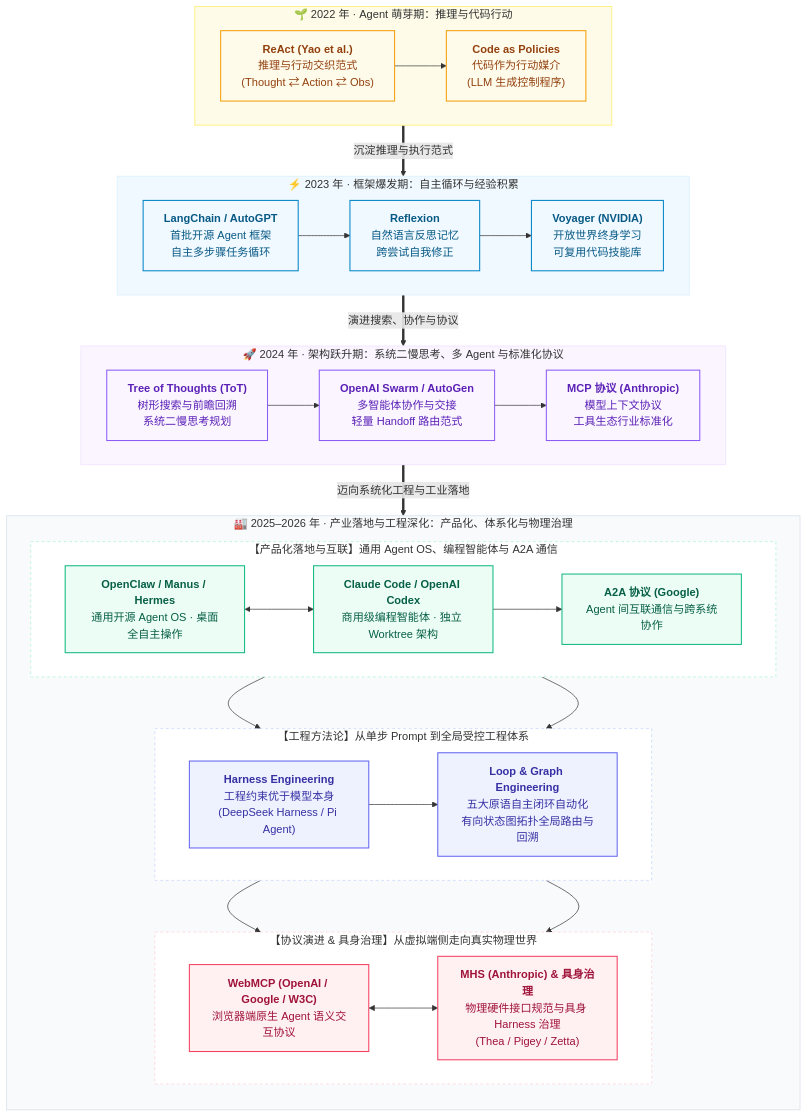
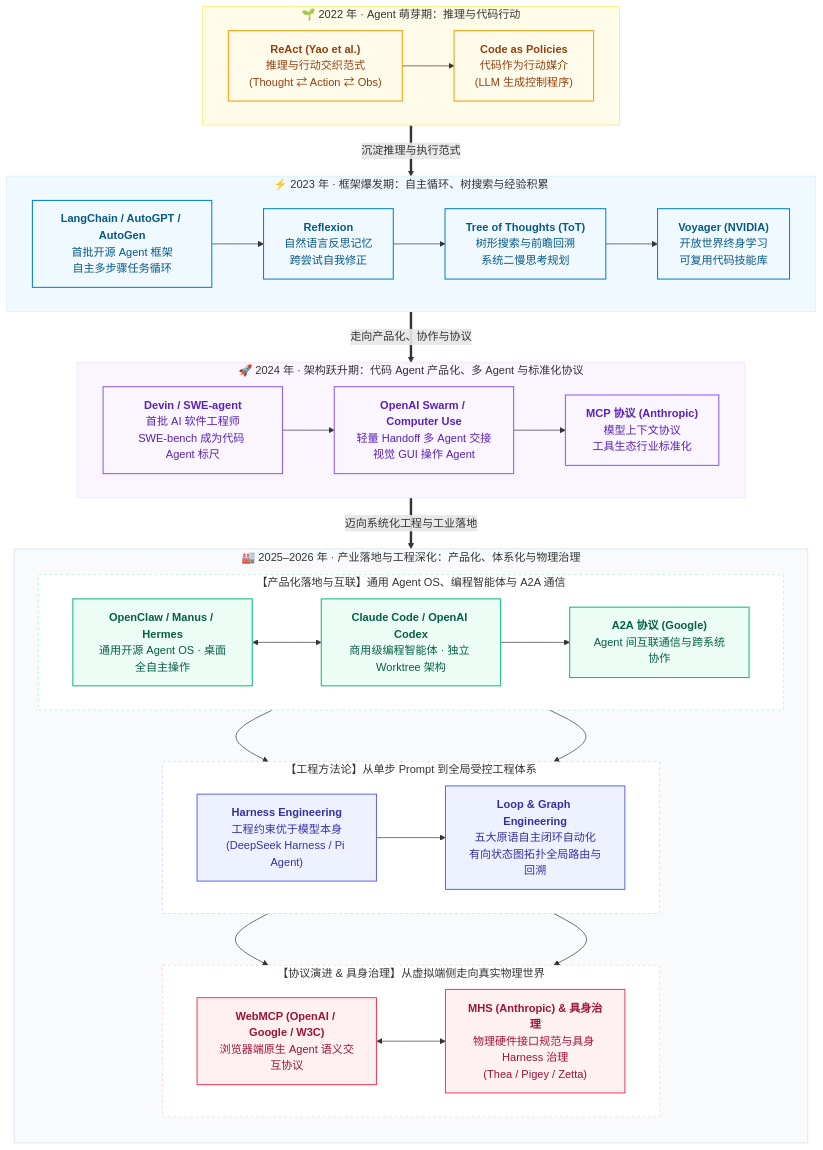
Before and after one commit to TingdeLiu/tingdeliu.github.io: the fourth of 50 diagrams in _posts/research/2026-03-05-AI-Agent-Survey.md, drawn with Mermaid. The commit also changed other lines of this file, not shown here.

First line of the commit message:
docs(agent): 全面修订 AI Agent 综述——核对引用与事实、修正时间线、统一排版

```diff
--- a/_posts/research/2026-03-05-AI-Agent-Survey.md
+++ b/_posts/research/2026-03-05-AI-Agent-Survey.md
@@ -160,19 +160,20 @@
     end
 
     %% ================= 阶段二：2023 框架爆发期 =================
-    subgraph G2023 ["⚡ 2023 年 · 框架爆发期：自主循环与经验积累"]
+    subgraph G2023 ["⚡ 2023 年 · 框架爆发期：自主循环、树搜索与经验积累"]
         direction LR
-        B1["<b>LangChain / AutoGPT</b><br/>首批开源 Agent 框架<br/>自主多步骤任务循环"]
+        B1["<b>LangChain / AutoGPT / AutoGen</b><br/>首批开源 Agent 框架<br/>自主多步骤任务循环"]
         B2["<b>Reflexion</b><br/>自然语言反思记忆<br/>跨尝试自我修正"]
-        B3["<b>Voyager (NVIDIA)</b><br/>开放世界终身学习<br/>可复用代码技能库"]
-        B1 --> B2 --> B3
+        B3["<b>Tree of Thoughts (ToT)</b><br/>树形搜索与前瞻回溯<br/>系统二慢思考规划"]
+        B4["<b>Voyager (NVIDIA)</b><br/>开放世界终身学习<br/>可复用代码技能库"]
+        B1 --> B2 --> B3 --> B4
     end
 
     %% ================= 阶段三：2024 架构跃升期 =================
-    subgraph G2024 ["🚀 2024 年 · 架构跃升期：系统二慢思考、多 Agent 与标准化协议"]
+    subgraph G2024 ["🚀 2024 年 · 架构跃升期：代码 Agent 产品化、多 Agent 与标准化协议"]
         direction LR
-        C1["<b>Tree of Thoughts (ToT)</b><br/>树形搜索与前瞻回溯<br/>系统二慢思考规划"]
-        C2["<b>OpenAI Swarm / AutoGen</b><br/>多智能体协作与交接<br/>轻量 Handoff 路由范式"]
+        C1["<b>Devin / SWE-agent</b><br/>首批 AI 软件工程师<br/>SWE-bench 成为代码 Agent 标尺"]
+        C2["<b>OpenAI Swarm / Computer Use</b><br/>轻量 Handoff 多 Agent 交接<br/>视觉 GUI 操作 Agent"]
         C3["<b>MCP 协议 (Anthropic)</b><br/>模型上下文协议<br/>工具生态行业标准化"]
         C1 --> C2 --> C3
     end
@@ -211,7 +212,7 @@
 
     %% 阶段主干流转
     A2 ==>|沉淀推理与执行范式| B1
-    B3 ==>|演进搜索、协作与协议| C1
+    B4 ==>|走向产品化、协作与协议| C1
     C3 ==>|迈向系统化工程与工业落地| G2025_App
 
     %% 节点样式定义
@@ -223,7 +224,7 @@
     classDef cls2025emb fill:#fff1f2,stroke:#f43f5e,stroke-width:1.5px,color:#9f1239;
 
     class A1,A2 cls2022;
-    class B1,B2,B3 cls2023;
+    class B1,B2,B3,B4 cls2023;
     class C1,C2,C3 cls2024;
     class D1,D2,D2_proto cls2025app;
     class D3,D4 cls2025eng;
```
